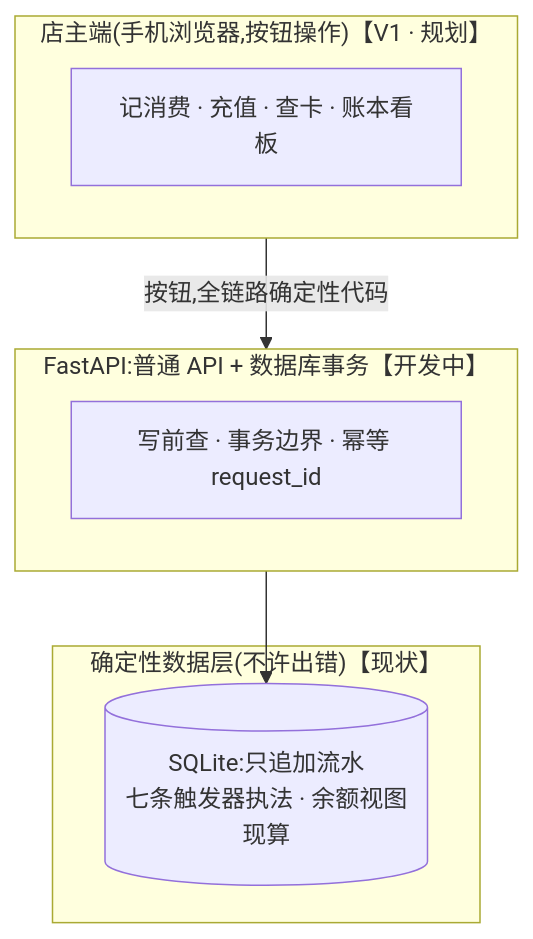
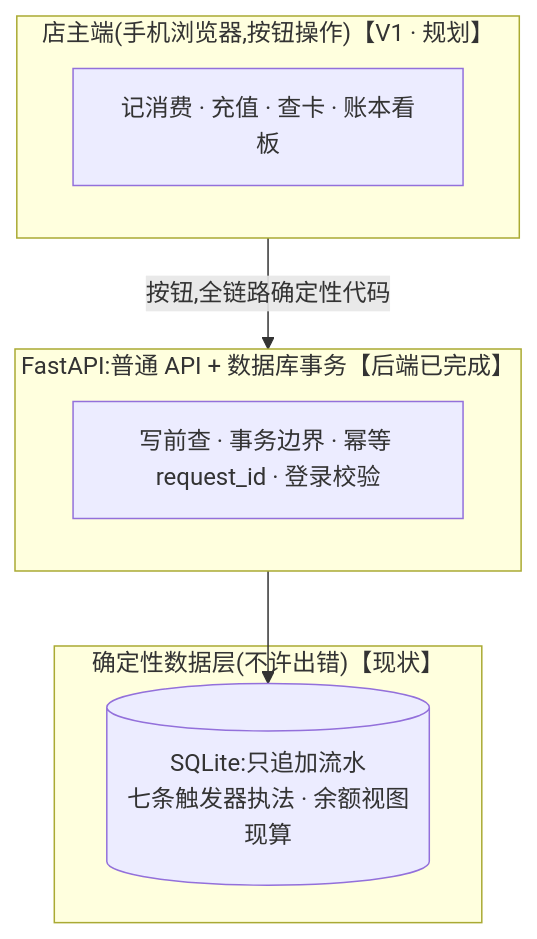
One commit to z272065/barbershop-ledger changed the diagram in README.md. Above: the diagram before and after it, drawn with Mermaid. The commit also changed other lines of this file and 4 other files, not shown here.

````diff
--- a/README.md
+++ b/README.md
@@ -36,14 +36,14 @@
 ```mermaid
 flowchart TB
     subgraph UI["店主端(手机浏览器,按钮操作)【V1 · 规划】"]
         U1[记消费 · 充值 · 查卡 · 账本看板]
     end
-    subgraph API["FastAPI:普通 API + 数据库事务【开发中】"]
-        C1[写前查 · 事务边界 · 幂等 request_id]
+    subgraph API["FastAPI:普通 API + 数据库事务【后端已完成】"]
+        C1[写前查 · 事务边界 · 幂等 request_id · 登录校验]
     end
     subgraph DB["确定性数据层(不许出错)【现状】"]
         C2[(SQLite:只追加流水<br/>七条触发器执法 · 余额视图现算)]
     end
     UI -->|按钮,全链路确定性代码| API
     API --> C2
 ```
````
